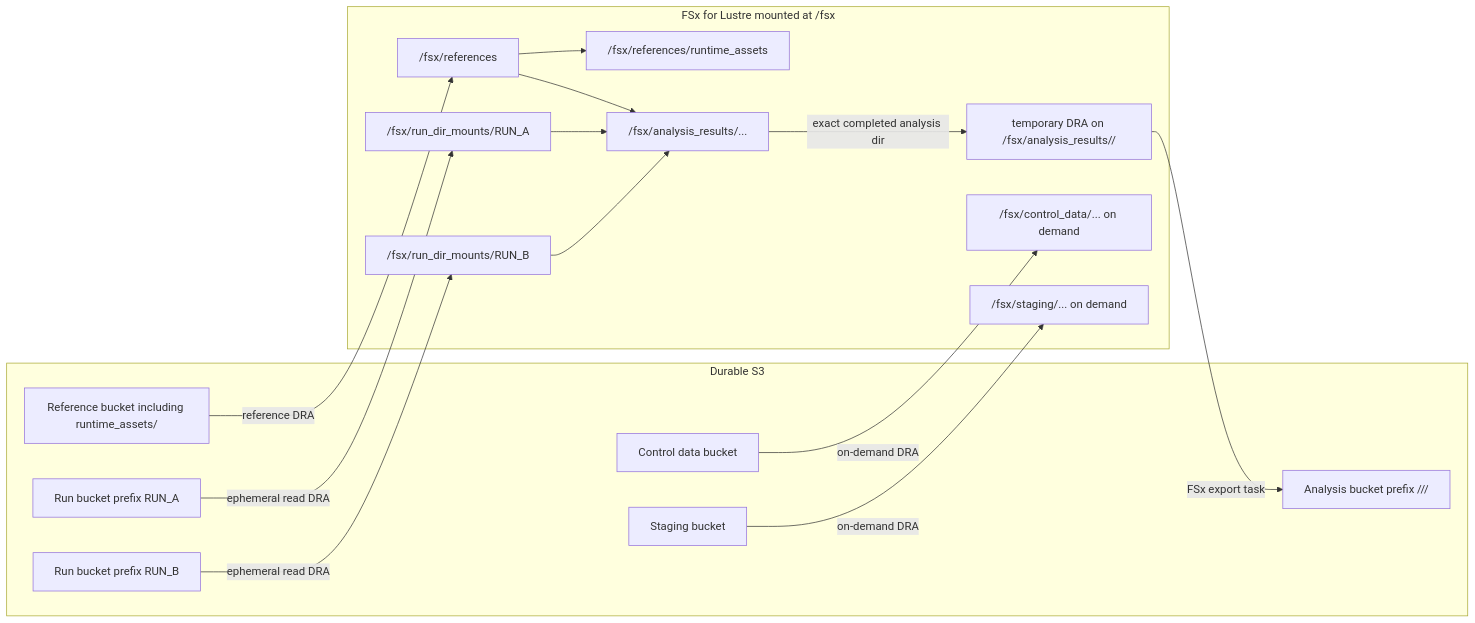
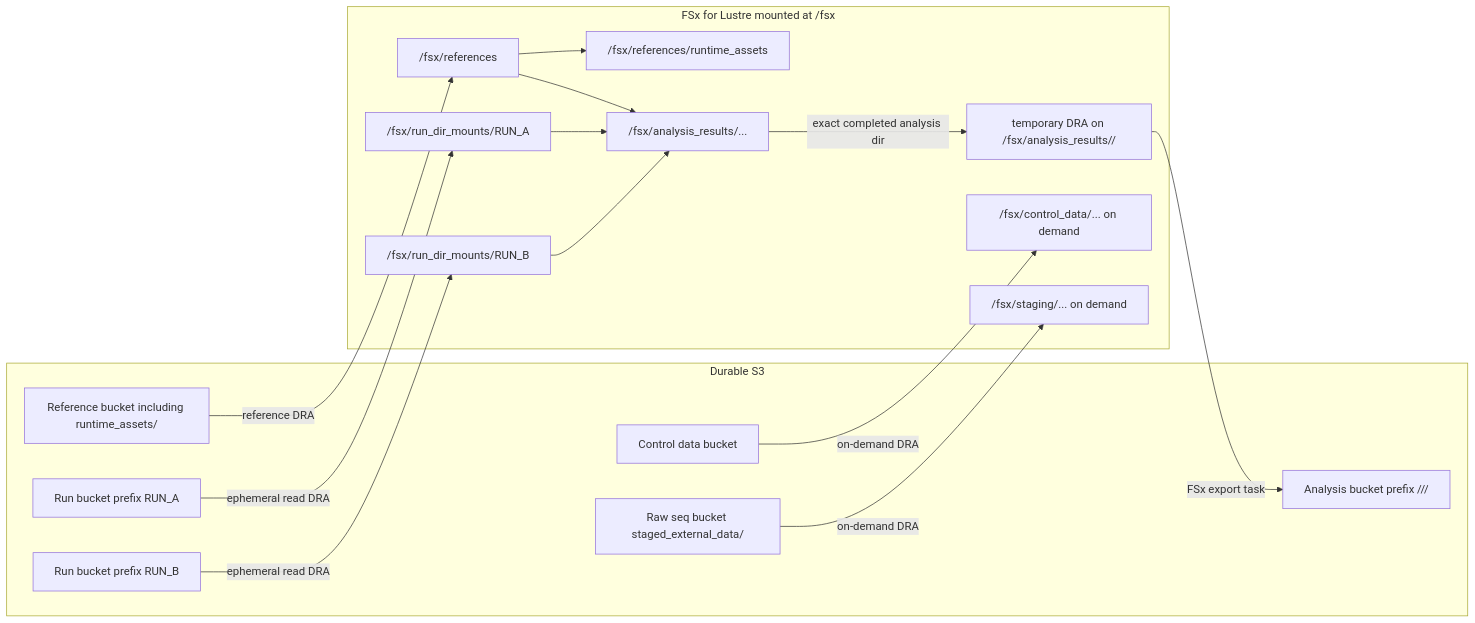
One commit to Daylily-Informatics/daylily-ephemeral-cluster changed the second of 3 diagrams in docs/dra_fsx_strategy.md. Above: the diagram before and after it, drawn with Mermaid. The commit also changed other lines of this file and 105 other files, not shown here.

````diff
--- a/docs/dra_fsx_strategy.md
+++ b/docs/dra_fsx_strategy.md
@@ -56,34 +56,34 @@
 ```mermaid
 flowchart LR
   subgraph S3["Durable S3"]
     Ref["Reference bucket including runtime_assets/"]
     Ctrl["Control data bucket"]
-    Stage["Staging bucket"]
+    Stage["Raw seq bucket staged_external_data/"]
     RunA["Run bucket prefix RUN_A"]
     RunB["Run bucket prefix RUN_B"]
     Analysis["Analysis bucket prefix /<executing_entity>/<analysis_id>/"]
   end
 
   subgraph Lustre["FSx for Lustre mounted at /fsx"]
     Data["/fsx/references"]
     Assets["/fsx/references/runtime_assets"]
     Control["/fsx/control_data/... on demand"]
     Staging["/fsx/staging/... on demand"]
     MntA["/fsx/run_dir_mounts/RUN_A"]
     MntB["/fsx/run_dir_mounts/RUN_B"]
     Results["/fsx/analysis_results/..."]
     Export["temporary DRA on /fsx/analysis_results/<executing_entity>/<analysis_id>"]
   end
 
   Ref -->|reference DRA| Data
   Data --> Assets
   Ctrl -->|on-demand DRA| Control
   Stage -->|on-demand DRA| Staging
   RunA -->|ephemeral read DRA| MntA
   RunB -->|ephemeral read DRA| MntB
   Data --> Results
   MntA --> Results
   MntB --> Results
   Results -->|exact completed analysis dir| Export
   Export -->|FSx export task| Analysis
 ```
````
